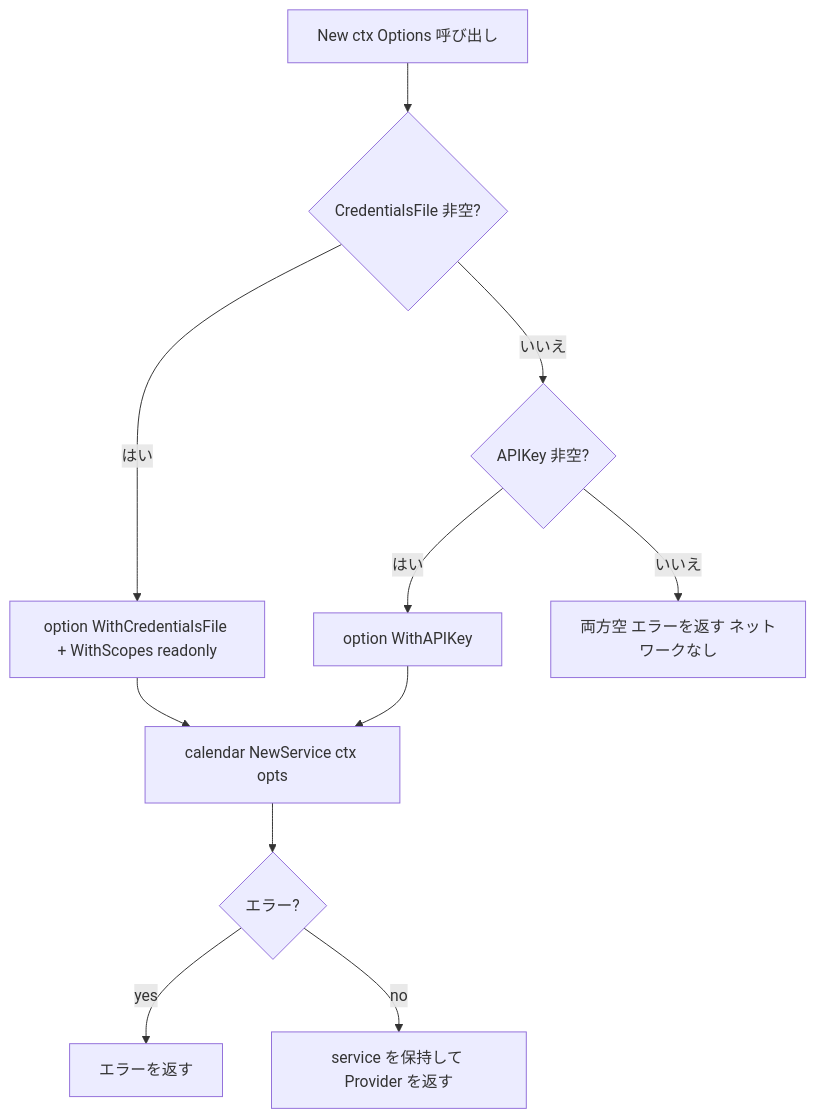
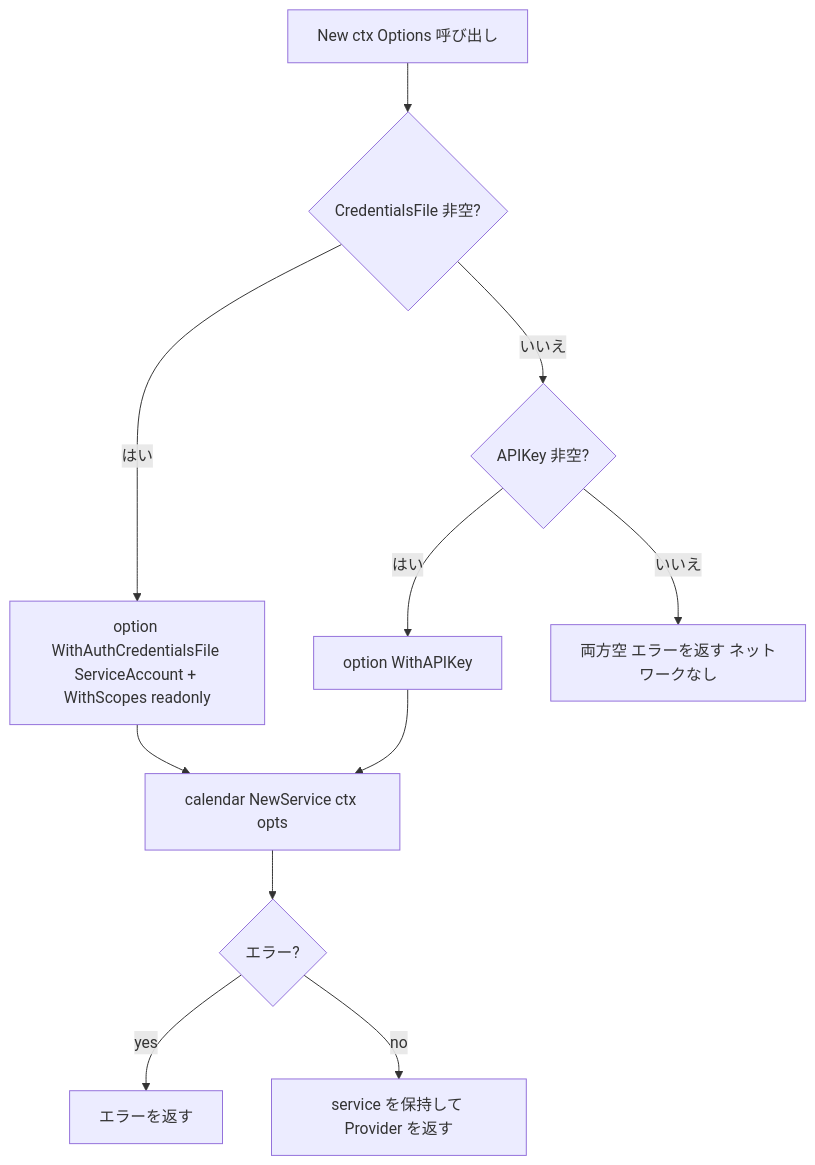
One commit to taku-o/go-heijitu changed the second of 3 diagrams in .kiro/specs/step4-googlecalendar/design.md. Above: the diagram before and after it, drawn with Mermaid. The commit also changed other lines of this file and 4 other files, not shown here.

````diff
--- a/.kiro/specs/step4-googlecalendar/design.md
+++ b/.kiro/specs/step4-googlecalendar/design.md
@@ -121,24 +121,24 @@
 ```mermaid
 graph TB
     Start[New ctx Options 呼び出し]
     CheckCred{CredentialsFile 非空?}
     CheckKey{APIKey 非空?}
-    OptCred[option WithCredentialsFile + WithScopes readonly]
+    OptCred[option WithAuthCredentialsFile ServiceAccount + WithScopes readonly]
     OptKey[option WithAPIKey]
     ErrEmpty[両方空 エラーを返す ネットワークなし]
     NewSvc[calendar NewService ctx opts]
     Err{エラー?}
     Store[service を保持して Provider を返す]
     RetErr[エラーを返す]
 
     Start --> CheckCred
     CheckCred -->|はい| OptCred
     CheckCred -->|いいえ| CheckKey
     CheckKey -->|はい| OptKey
     CheckKey -->|いいえ| ErrEmpty
     OptCred --> NewSvc
     OptKey --> NewSvc
     NewSvc --> Err
     Err -->|yes| RetErr
     Err -->|no| Store
 ```
````
